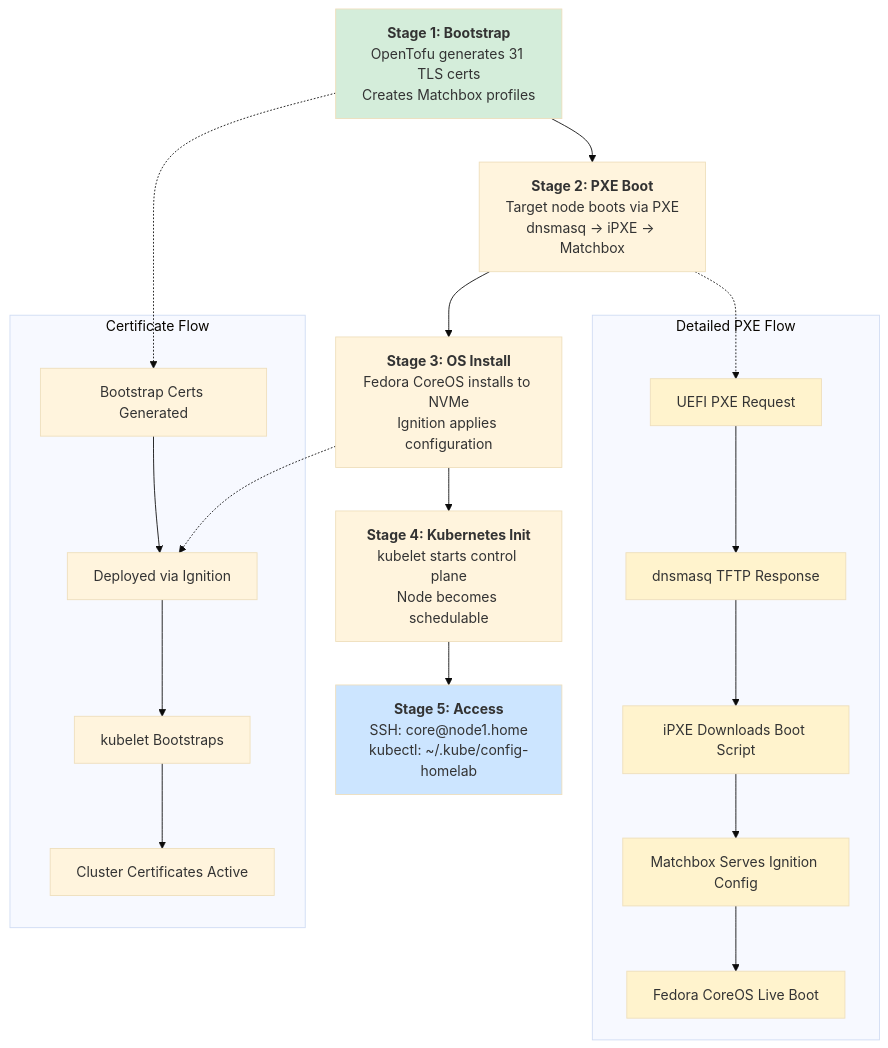
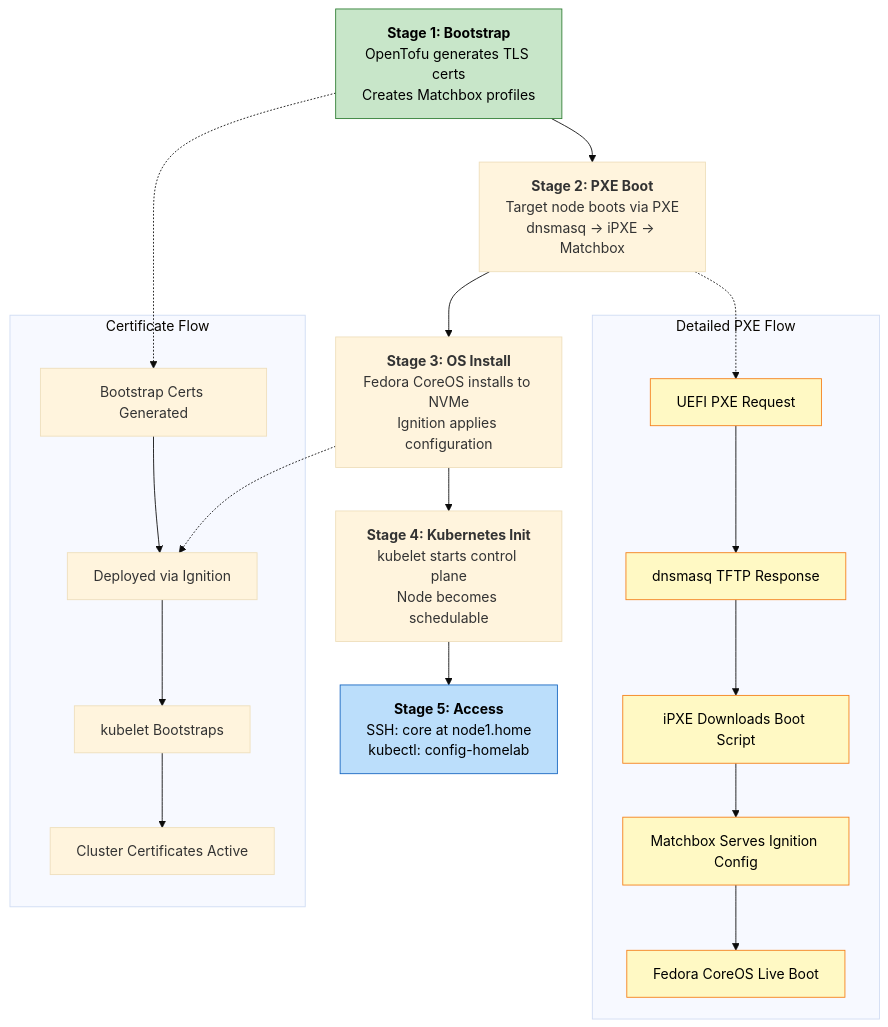
One commit to lancehampton/typhoon-homelab changed the second of 2 diagrams in README.md. Above: the diagram before and after it, drawn with Mermaid (base theme). The commit also changed other lines of this file and 1 other file, not shown here.

Commit message:
fix diagram styles and syntax

````diff
--- a/README.md
+++ b/README.md
@@ -67,50 +67,50 @@
 ```mermaid
 flowchart TD
     A["`**Stage 1: Bootstrap**
-    OpenTofu generates 31 TLS certs
+    OpenTofu generates TLS certs
     Creates Matchbox profiles`"] -->
     
     B["`**Stage 2: PXE Boot**
     Target node boots via PXE
     dnsmasq → iPXE → Matchbox`"] -->
     
     C["`**Stage 3: OS Install**
     Fedora CoreOS installs to NVMe
     Ignition applies configuration`"] -->
     
     D["`**Stage 4: Kubernetes Init**
     kubelet starts control plane
     Node becomes schedulable`"] -->
     
     E["`**Stage 5: Access**
-    SSH: core@node1.home
-    kubectl: ~/.kube/config-homelab`"]
+    SSH: core at node1.home
+    kubectl: config-homelab`"]
 
     subgraph "Detailed PXE Flow"
         B1[UEFI PXE Request] -->
         B2[dnsmasq TFTP Response] -->
         B3[iPXE Downloads Boot Script] -->
         B4[Matchbox Serves Ignition Config] -->
         B5[Fedora CoreOS Live Boot]
     end
 
     B -.-> B1
 
     subgraph "Certificate Flow"
         A1[Bootstrap Certs Generated] -->
         A2[Deployed via Ignition] -->
         A3[kubelet Bootstraps] -->
         A4[Cluster Certificates Active]
     end
 
     A -.-> A1
     C -.-> A2
 
-    style A fill:#d4edda
-    style E fill:#cce5ff
-    style B1 fill:#fff3cd
-    style B2 fill:#fff3cd
-    style B3 fill:#fff3cd
-    style B4 fill:#fff3cd
-    style B5 fill:#fff3cd
+    style A fill:#c8e6c9,stroke:#2e7d32,color:#000
+    style E fill:#bbdefb,stroke:#1565c0,color:#000
+    style B1 fill:#fff9c4,stroke:#f57f17,color:#000
+    style B2 fill:#fff9c4,stroke:#f57f17,color:#000
+    style B3 fill:#fff9c4,stroke:#f57f17,color:#000
+    style B4 fill:#fff9c4,stroke:#f57f17,color:#000
+    style B5 fill:#fff9c4,stroke:#f57f17,color:#000
 ```
````
